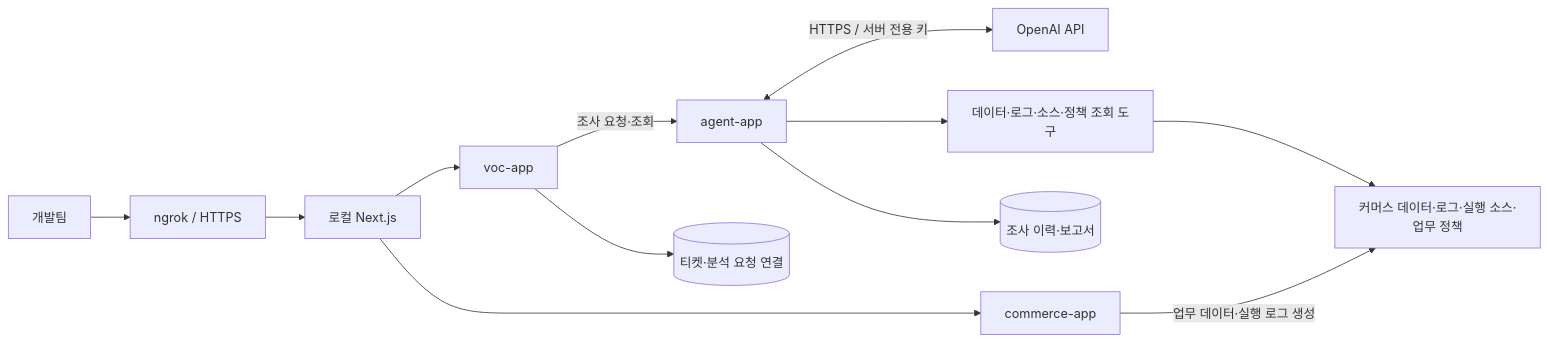
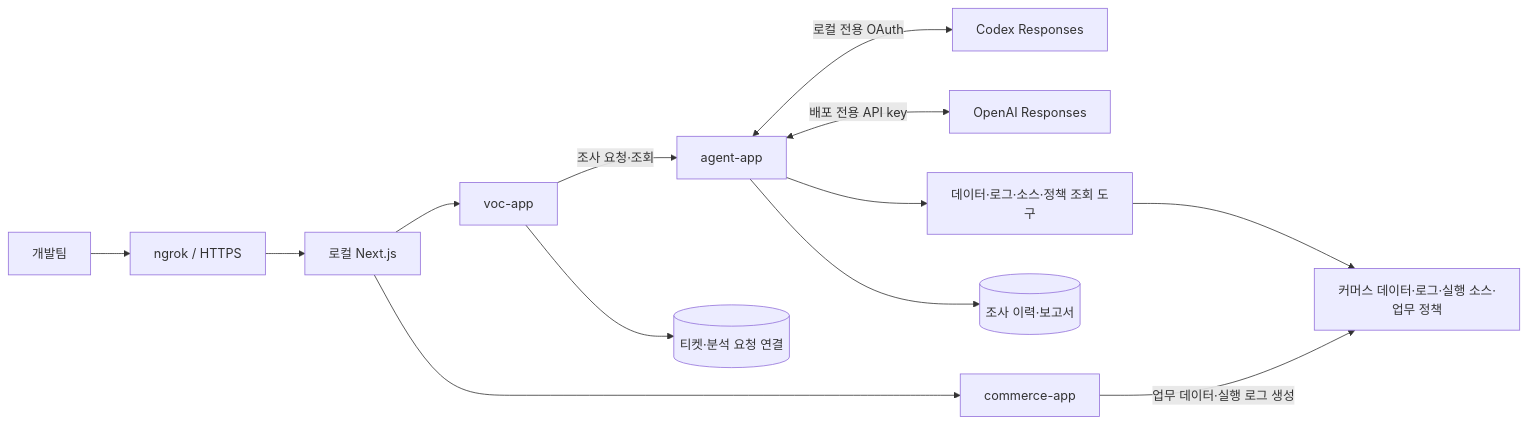
The diagram in docs/hackathon-report.md (sanghyo-lab/jdd), drawn with Mermaid before and after one commit. The commit also changed other lines of this file and 4 other files, not shown here.

````diff
--- a/docs/hackathon-report.md
+++ b/docs/hackathon-report.md
@@ -54,14 +54,15 @@
 ```mermaid
 flowchart LR
     User[개발팀] --> Tunnel[ngrok / HTTPS]
     Tunnel --> Web[로컬 Next.js]
     Web --> VOC[voc-app]
     VOC -->|조사 요청·조회| Agent[agent-app]
     VOC --> Tickets[(티켓·분석 요청 연결)]
-    Agent <-->|HTTPS / 서버 전용 키| LLM[OpenAI API]
+    Agent <-->|로컬 전용 OAuth| LocalLLM[Codex Responses]
+    Agent <-->|배포 전용 API key| DeployedLLM[OpenAI Responses]
     Agent --> Tools[데이터·로그·소스·정책 조회 도구]
     Tools --> Evidence[커머스 데이터·로그·실행 소스·업무 정책]
     Agent --> History[(조사 이력·보고서)]
     Web --> Commerce[commerce-app]
     Commerce -->|업무 데이터·실행 로그 생성| Evidence
 ```
````
